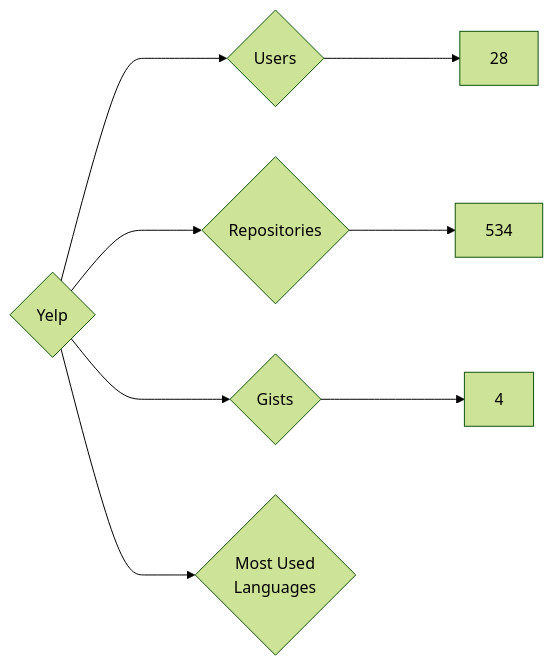
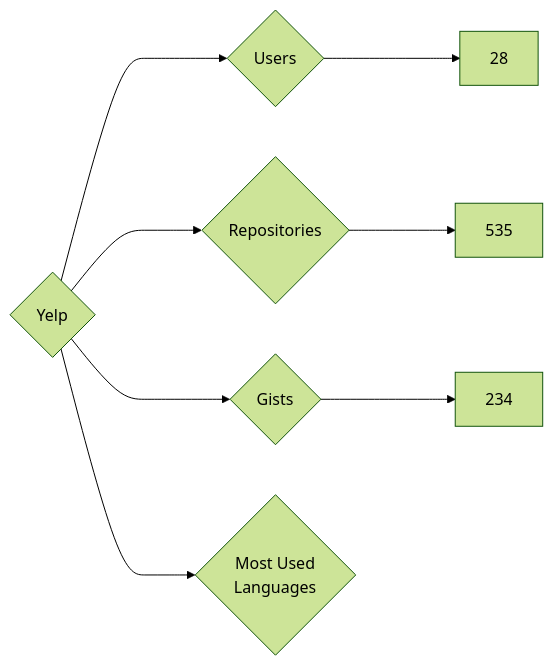
Before and after one commit to nenadzaric/insiders: the diagram in targets/Yelp/README.md, drawn with Mermaid (forest theme). The commit also changed 1342 other files, not shown here.

````diff
--- a/targets/Yelp/README.md
+++ b/targets/Yelp/README.md
@@ -3,8 +3,8 @@
 ```mermaid
 graph LR
 COMPANY_NAME{Yelp}
 COMPANY_NAME ---> U{Users} ---> UN[28]
-COMPANY_NAME ---> R{Repositories} ---> RN[534]
-COMPANY_NAME ---> G{Gists} ---> GN[4]
+COMPANY_NAME ---> R{Repositories} ---> RN[535]
+COMPANY_NAME ---> G{Gists} ---> GN[234]
 COMPANY_NAME ---> ML{Most Used<br>Languages}
 ```
````
